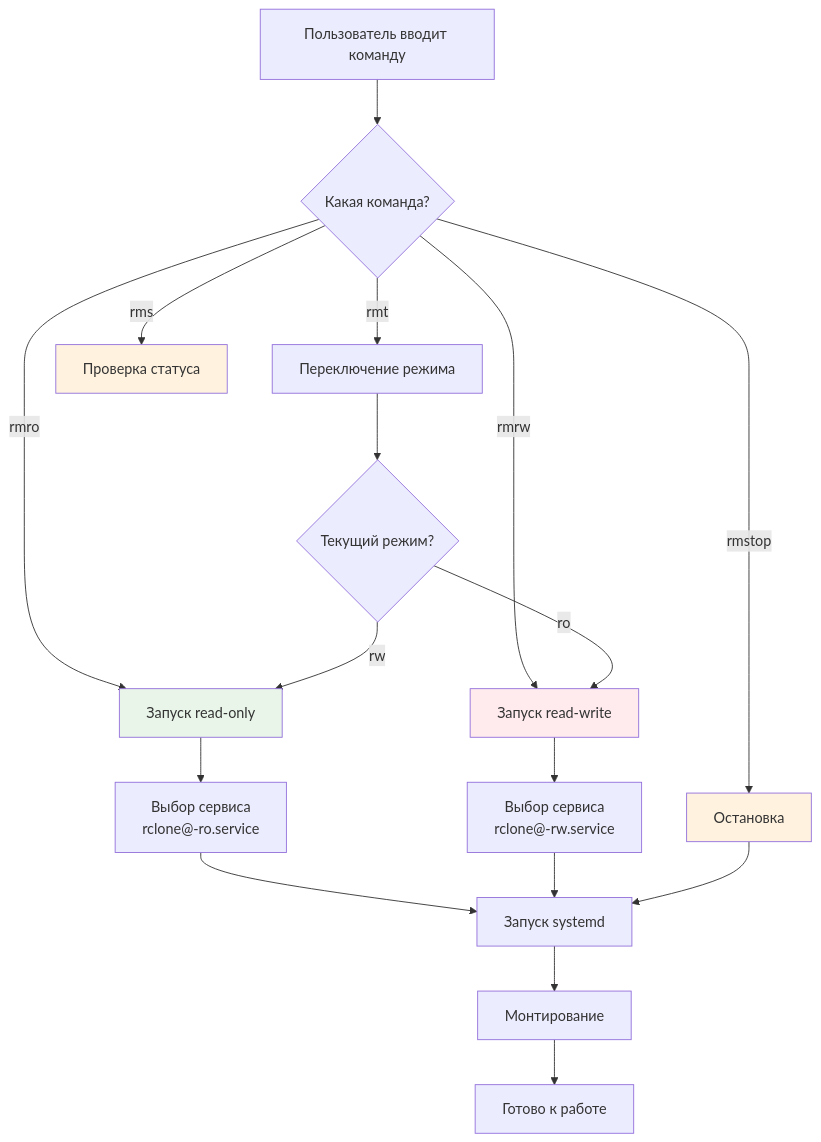
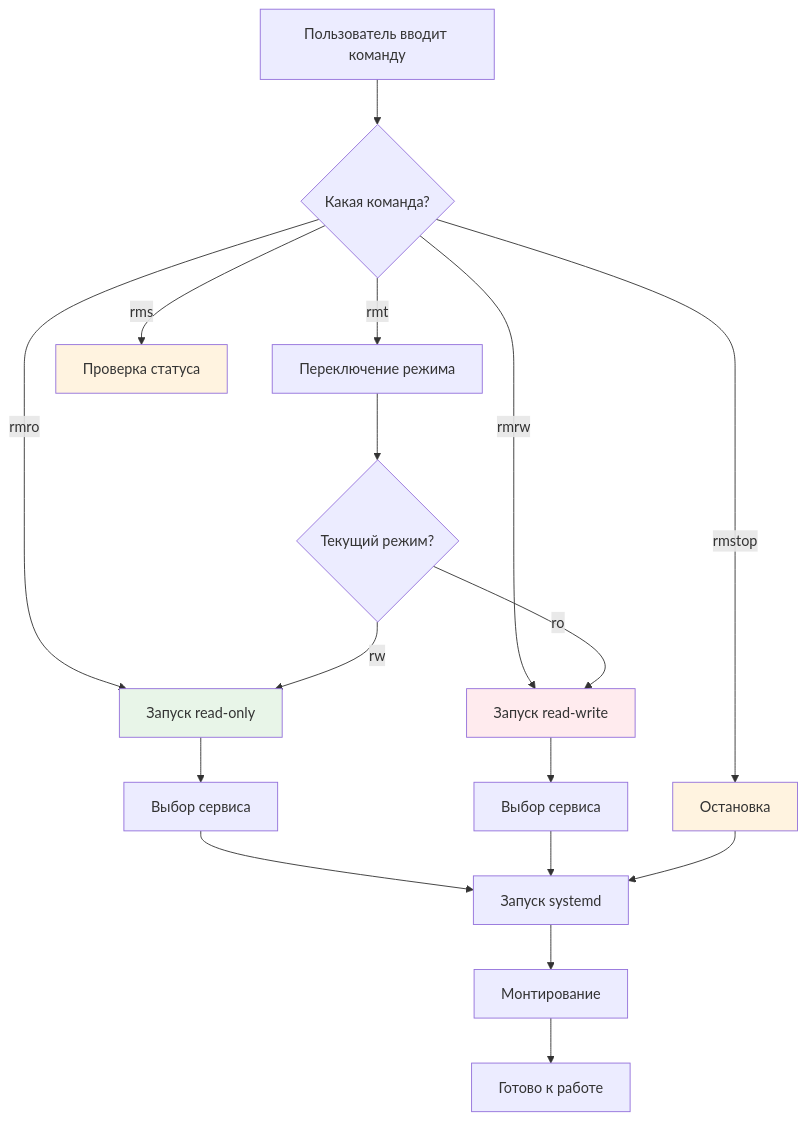
The eighth of 9 diagrams in docs/Диаграммы.md (medphisiker/rclone-manager), drawn with Mermaid before and after one commit. The commit also changed other lines of this file, not shown here.

First line of the commit message:
docs: добавить диаграммы для Rclone Manager

````diff
--- a/docs/Диаграммы.md
+++ b/docs/Диаграммы.md
@@ -213,28 +145,28 @@
 ```mermaid
 flowchart TD
     A[Пользователь вводит команду] --> B{Какая команда?}
     
     B -->|rmro| C[Запуск read-only]
     B -->|rmrw| D[Запуск read-write]
     B -->|rmt| E[Переключение режима]
     B -->|rms| F[Проверка статуса]
     B -->|rmstop| G[Остановка]
     
-    C --> H[Выбор сервиса<br/>rclone@-ro.service]
-    D --> I[Выбор сервиса<br/>rclone@-rw.service]
+    C --> H[Выбор сервиса]
+    D --> I[Выбор сервиса]
     E --> J{Текущий режим?}
     J -->|ro| D
     J -->|rw| C
     
     H --> K[Запуск systemd]
     I --> K
     G --> K
     
     K --> L[Монтирование]
     L --> M[Готово к работе]
     
     style C fill:#e8f5e8
     style D fill:#ffebee
     style F fill:#fff3e0
     style G fill:#fff3e0
 ```
````
